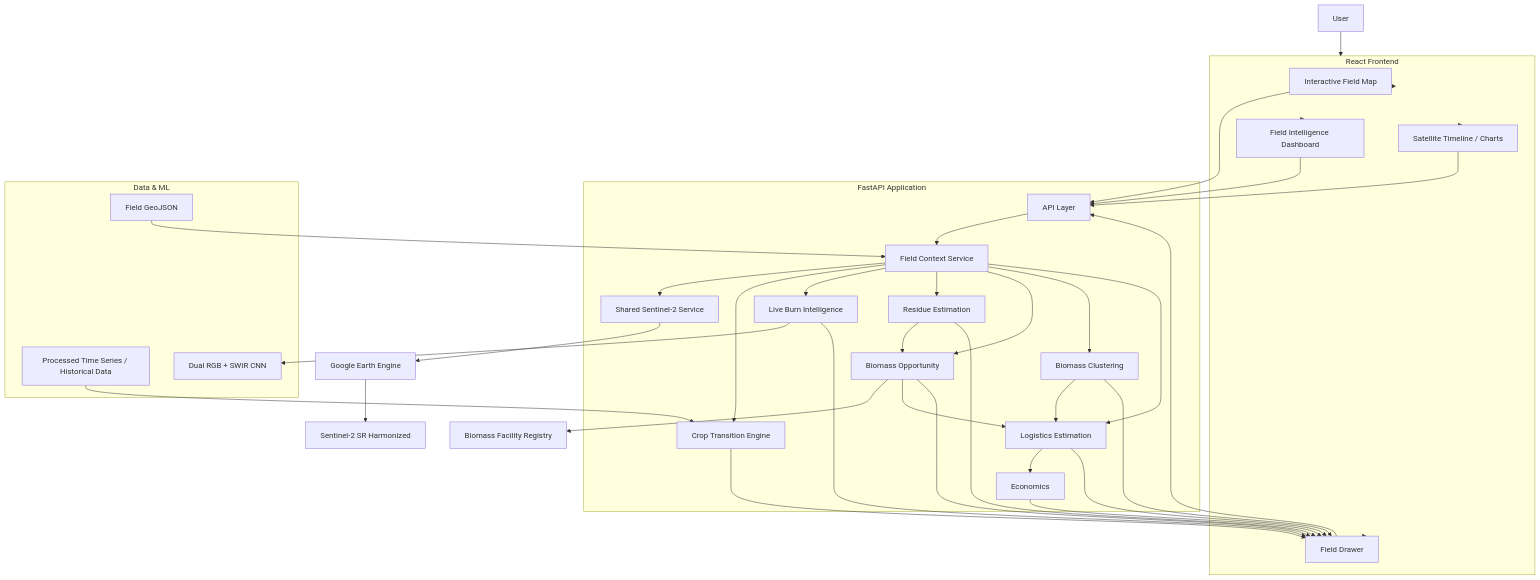
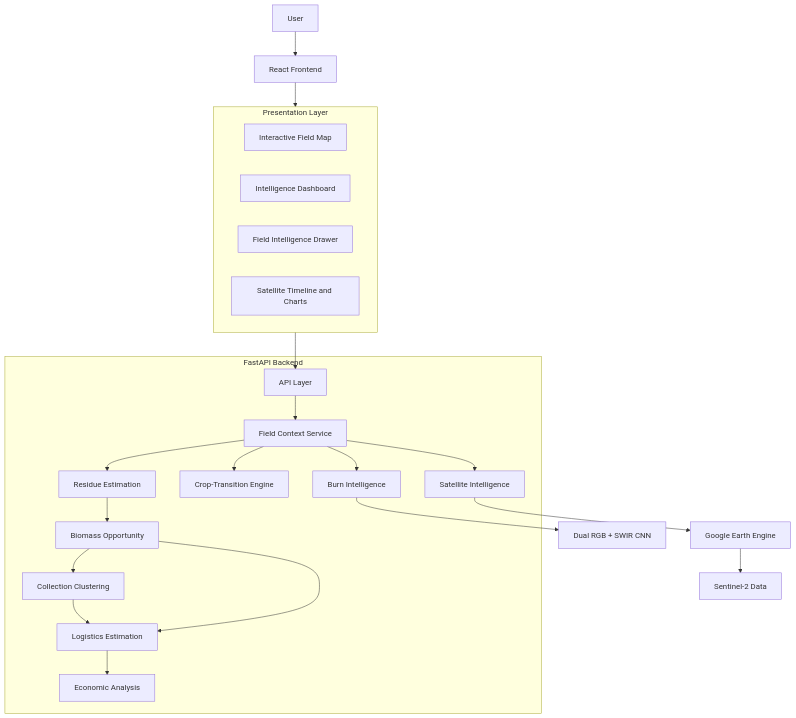
One commit to apexcoderaziz/Project-Parali changed the first of 2 diagrams in README.md. Above: the diagram before and after it, drawn with Mermaid. The commit also changed other lines of this file, not shown here.

````diff
--- a/README.md
+++ b/README.md
@@ -233,79 +91,42 @@
 ```mermaid
 flowchart TB
+    USER[User] --> FRONTEND[React Frontend]
 
-    USER[User]
-
-    subgraph FRONTEND[React Frontend]
+    subgraph UI[Presentation Layer]
         MAP[Interactive Field Map]
-        DASH[Field Intelligence Dashboard]
-        DRAWER[Field Drawer]
-        CHARTS[Satellite Timeline / Charts]
+        DASH[Intelligence Dashboard]
+        DRAWER[Field Intelligence Drawer]
+        CHARTS[Satellite Timeline and Charts]
     end
 
-    subgraph API[FastAPI Application]
-        ROUTER[API Layer]
+    FRONTEND --> UI
+
+    subgraph BACKEND[FastAPI Backend]
+        API[API Layer]
         CONTEXT[Field Context Service]
-        SAT[Shared Sentinel-2 Service]
-        HARVEST[Crop Transition Engine]
-        BURN[Live Burn Intelligence]
-        RESIDUE[Residue Estimation]
+        SAT[Satellite Intelligence]
+        HARVEST[Crop-Transition Engine]
+        BURN[Burn Intelligence]
+        BIOMASS[Residue Estimation]
         OPPORTUNITY[Biomass Opportunity]
-        CLUSTER[Biomass Clustering]
+        CLUSTER[Collection Clustering]
         LOGISTICS[Logistics Estimation]
-        ECONOMICS[Economics]
+        ECONOMICS[Economic Analysis]
     end
 
-    subgraph DATA[Data & ML]
-        GEOJSON[Field GeoJSON]
-        CSV[Processed Time Series / Historical Data]
-        MODEL[Dual RGB + SWIR CNN]
-    end
-
-    GEE[Google Earth Engine]
-    S2[Sentinel-2 SR Harmonized]
-    FACILITIES[Biomass Facility Registry]
-
-    USER --> FRONTEND
-
-    FRONTEND --> MAP
-    FRONTEND --> DASH
-    FRONTEND --> DRAWER
-    FRONTEND --> CHARTS
-
-    MAP --> ROUTER
-    DASH --> ROUTER
-    DRAWER --> ROUTER
-    CHARTS --> ROUTER
-
-    ROUTER --> CONTEXT
-
+    UI --> API
+    API --> CONTEXT
     CONTEXT --> SAT
     CONTEXT --> HARVEST
     CONTEXT --> BURN
-    CONTEXT --> RESIDUE
-    CONTEXT --> OPPORTUNITY
-    CONTEXT --> CLUSTER
-    CONTEXT --> LOGISTICS
-
-    SAT --> GEE
-    GEE --> S2
-
-    BURN --> MODEL
-
-    RESIDUE --> OPPORTUNITY
-    OPPORTUNITY --> FACILITIES
+    CONTEXT --> BIOMASS
+    BIOMASS --> OPPORTUNITY
+    OPPORTUNITY --> CLUSTER
     CLUSTER --> LOGISTICS
     OPPORTUNITY --> LOGISTICS
     LOGISTICS --> ECONOMICS
 
-    GEOJSON --> CONTEXT
-    CSV --> HARVEST
-
-    HARVEST --> DRAWER
-    BURN --> DRAWER
-    RESIDUE --> DRAWER
-    OPPORTUNITY --> DRAWER
-    CLUSTER --> DRAWER
-    LOGISTICS --> DRAWER
-    ECONOMICS --> DRAWER
+    SAT --> GEE[Google Earth Engine]
+    GEE --> S2[Sentinel-2 Data]
+    BURN --> MODEL[Dual RGB + SWIR CNN]
 ```
````
